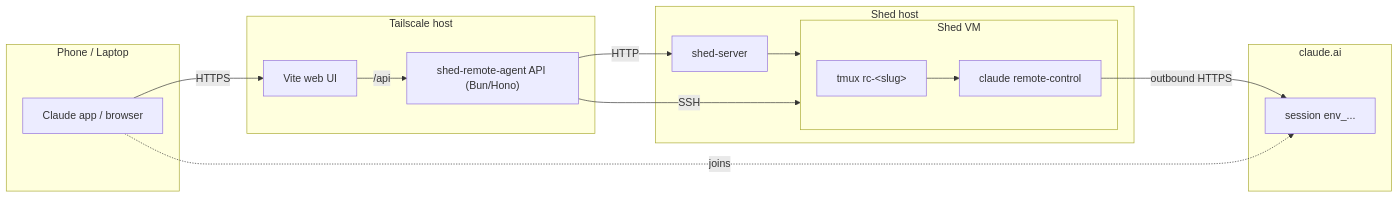
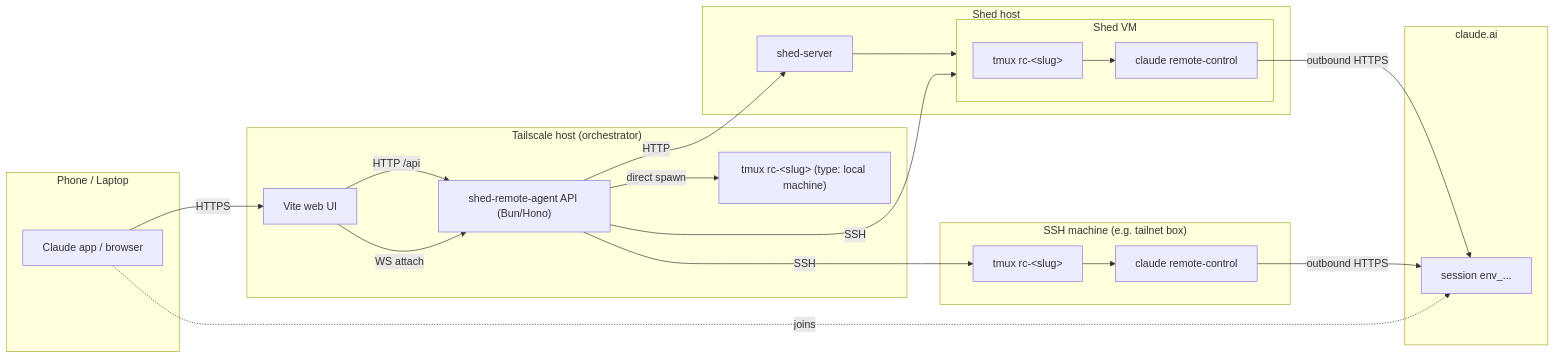
The diagram in docs/index.md (charliek/shed-remote-agent), drawn with Mermaid before and after one commit. The commit also changed other lines of this file and 26 other files, not shown here.

First line of the commit message:
Add type: local machines + backfill docs for machines / RC kinds / WS attach (#7)

````diff
--- a/docs/index.md
+++ b/docs/index.md
@@ -15,32 +18,43 @@
 ```mermaid
 flowchart LR
     subgraph client["Phone / Laptop"]
         APP["Claude app / browser"]
     end
 
-    subgraph host["Tailscale host"]
+    subgraph host["Tailscale host (orchestrator)"]
         API["shed-remote-agent API (Bun/Hono)"]
         WEB["Vite web UI"]
+        LOCAL["tmux rc-&lt;slug&gt; (type: local machine)"]
     end
 
     subgraph shedhost["Shed host"]
         SS["shed-server"]
         subgraph VM["Shed VM"]
-            TMUX["tmux rc-&lt;slug&gt;"]
-            CLAUDE["claude remote-control"]
-            TMUX --> CLAUDE
+            STMUX["tmux rc-&lt;slug&gt;"]
+            SCLAUDE["claude remote-control"]
+            STMUX --> SCLAUDE
         end
         SS --> VM
+    end
+
+    subgraph machine["SSH machine (e.g. tailnet box)"]
+        MTMUX["tmux rc-&lt;slug&gt;"]
+        MCLAUDE["claude remote-control"]
+        MTMUX --> MCLAUDE
     end
 
     subgraph anthropic["claude.ai"]
         SESSION["session env_..."]
     end
 
     APP -->|HTTPS| WEB
-    WEB -->|/api| API
+    WEB -->|HTTP /api| API
+    WEB -->|WS attach| API
     API -->|HTTP| SS
     API -->|SSH| VM
-    CLAUDE -->|outbound HTTPS| SESSION
+    API -->|SSH| MTMUX
+    API -->|direct spawn| LOCAL
+    SCLAUDE -->|outbound HTTPS| SESSION
+    MCLAUDE -->|outbound HTTPS| SESSION
     APP -.joins.-> SESSION
 ```
````
